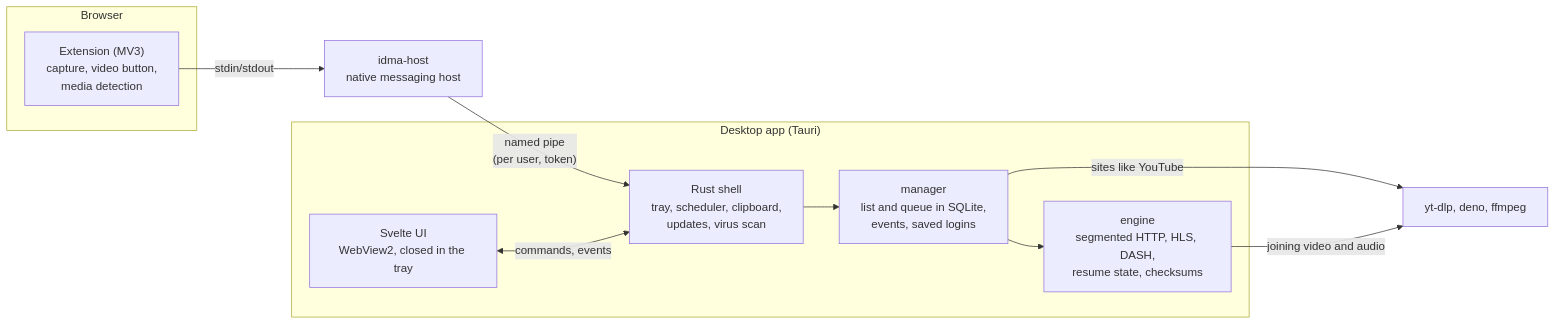
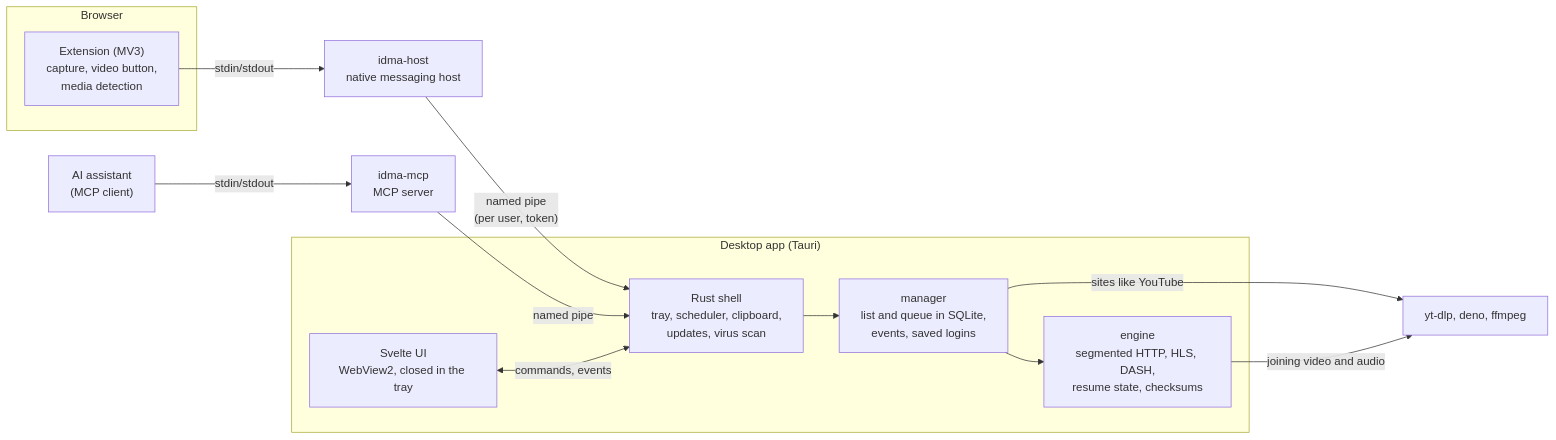
The diagram in README.md (monurpalan/idm-alternative), drawn with Mermaid before and after one commit. The commit also changed other lines of this file and 14 other files, not shown here.

First line of the commit message:
Add idma-mcp, an MCP server for AI assistants

````diff
--- a/README.md
+++ b/README.md
@@ -39,20 +44,24 @@
 ```mermaid
 flowchart LR
     subgraph Browser
         ext["Extension (MV3)<br/>capture, video button,<br/>media detection"]
     end
     host["idma-host<br/>native messaging host"]
+    mcp["idma-mcp<br/>MCP server"]
+    assistant["AI assistant<br/>(MCP client)"]
     subgraph App["Desktop app (Tauri)"]
         ui["Svelte UI<br/>WebView2, closed in the tray"]
         shell["Rust shell<br/>tray, scheduler, clipboard,<br/>updates, virus scan"]
         manager["manager<br/>list and queue in SQLite,<br/>events, saved logins"]
         engine["engine<br/>segmented HTTP, HLS, DASH,<br/>resume state, checksums"]
     end
     tools["yt-dlp, deno, ffmpeg"]
     ext -- "stdin/stdout" --> host
     host -- "named pipe<br/>(per user, token)" --> shell
+    assistant -- "stdin/stdout" --> mcp
+    mcp -- "named pipe" --> shell
     ui <-- "commands, events" --> shell
     shell --> manager --> engine
     manager -- "sites like YouTube" --> tools
     engine -- "joining video and audio" --> tools
 ```
````
